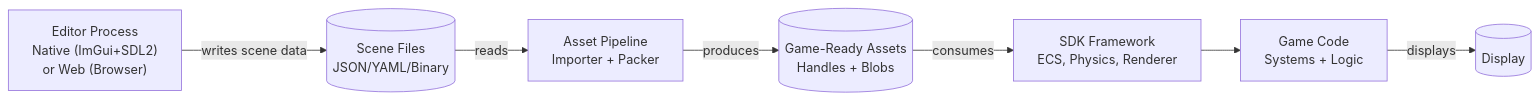
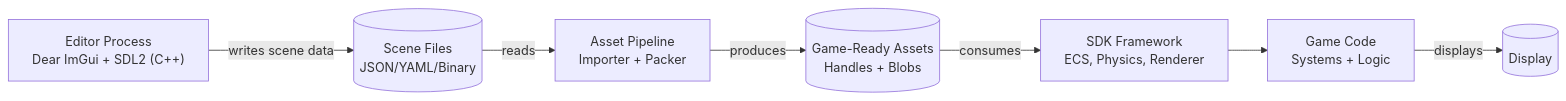
One commit to Schulich-Press-Start/console changed the third of 4 diagrams in ARCHITECTURE_PROPOSAL.md. Above: the diagram before and after it, drawn with Mermaid. The commit also changed other lines of this file, not shown here.

Commit message:
Correct: ImGui compiles to WASM via Emscripten — one C++ codebase for desktop and browser

````diff
--- a/ARCHITECTURE_PROPOSAL.md
+++ b/ARCHITECTURE_PROPOSAL.md
@@ -149,9 +154,9 @@
 ```mermaid
 flowchart LR
-    Editor["Editor Process<br>Native (ImGui+SDL2)<br>or Web (Browser)"] -->|writes scene data| SceneFiles[(Scene Files<br>JSON/YAML/Binary)]
+    Editor["Editor Process<br>Dear ImGui + SDL2 (C++)"] -->|writes scene data| SceneFiles[(Scene Files<br>JSON/YAML/Binary)]
     SceneFiles -->|reads| AssetPipeline[Asset Pipeline<br>Importer + Packer]
     AssetPipeline -->|produces| GameData[(Game-Ready Assets<br>Handles + Blobs)]
     GameData -->|consumes| SDK[SDK Framework<br>ECS, Physics, Renderer]
     SDK --> Game[Game Code<br>Systems + Logic]
     Game -->|displays| Display[(Display)]
 ```
````
